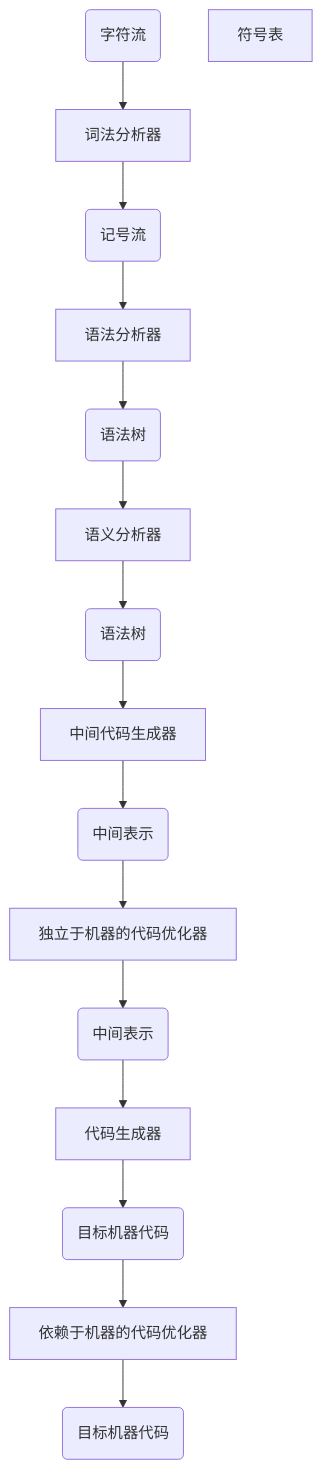
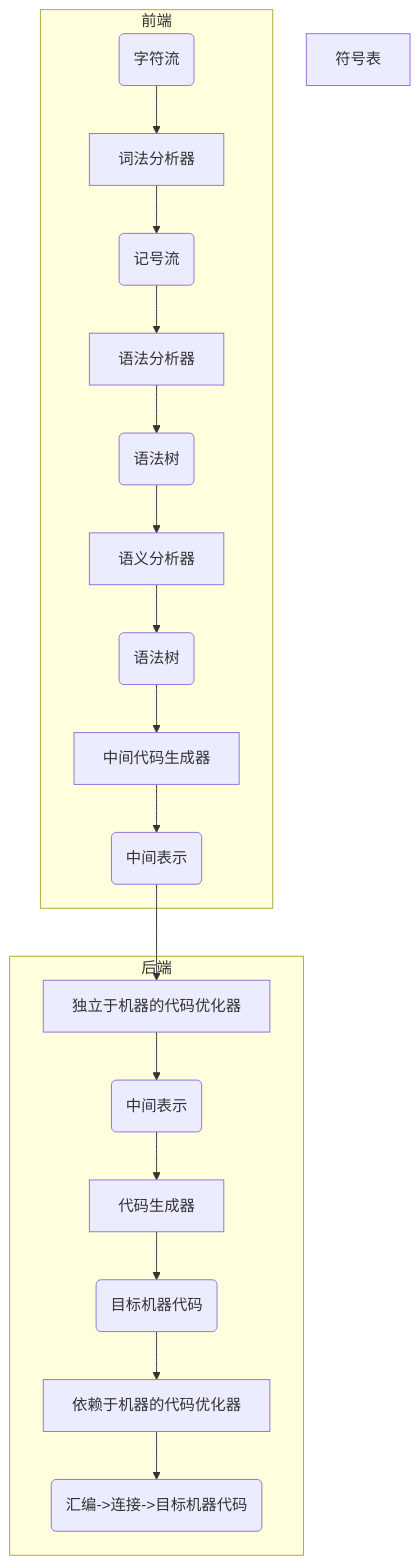
Before and after one commit to forget-eve/Compiler-Principle: the first of 4 diagrams in README.md, drawn with Mermaid.

````diff
--- a/README.md
+++ b/README.md
@@ -25,18 +25,22 @@
 ```mermaid
 graph TB
+subgraph 前端
 A(字符流) --> B[词法分析器]
 B --> C(记号流)
 C --> D[语法分析器]
 D --> E(语法树)
 E --> F[语义分析器]
 F --> G(语法树)
 G --> H[中间代码生成器]
+H --> J(中间表示)
+end
 I[符号表]
-H --> J(中间表示)
+subgraph 后端
 J --> K[独立于机器的代码优化器]
 K --> L(中间表示)
 L --> M[代码生成器]
 M --> N(目标机器代码)
 N --> O[依赖于机器的代码优化器]
-O --> P(目标机器代码)
+O --> P(汇编->连接->目标机器代码)
+end
 ```
````
